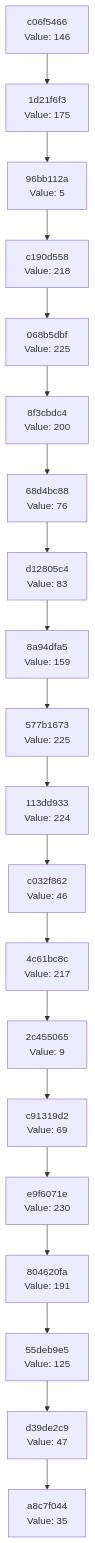
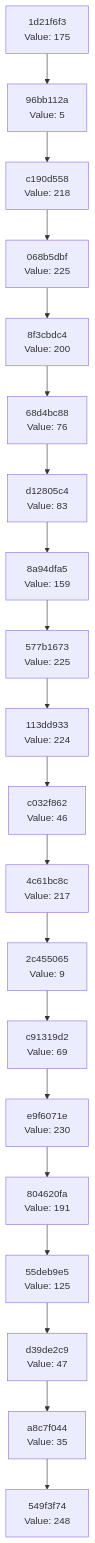
Before and after one commit to Abhisheksinha1506/hash-chain-evolver: the diagram in docs/CHAIN_VISUALIZATION.md, drawn with Mermaid. The commit also changed 3 other files, not shown here.

````diff
--- a/docs/CHAIN_VISUALIZATION.md
+++ b/docs/CHAIN_VISUALIZATION.md
@@ -3,42 +3,42 @@
 ```mermaid
 graph TD
-    C0["a8c7f044<br/>Value: 35"]
-    C1["d39de2c9<br/>Value: 47"]
+    C0["549f3f74<br/>Value: 248"]
+    C1["a8c7f044<br/>Value: 35"]
     C1 --> C0
-    C2["55deb9e5<br/>Value: 125"]
+    C2["d39de2c9<br/>Value: 47"]
     C2 --> C1
-    C3["804620fa<br/>Value: 191"]
+    C3["55deb9e5<br/>Value: 125"]
     C3 --> C2
-    C4["e9f6071e<br/>Value: 230"]
+    C4["804620fa<br/>Value: 191"]
     C4 --> C3
-    C5["c91319d2<br/>Value: 69"]
+    C5["e9f6071e<br/>Value: 230"]
     C5 --> C4
-    C6["2c455065<br/>Value: 9"]
+    C6["c91319d2<br/>Value: 69"]
     C6 --> C5
-    C7["4c61bc8c<br/>Value: 217"]
+    C7["2c455065<br/>Value: 9"]
     C7 --> C6
-    C8["c032f862<br/>Value: 46"]
+    C8["4c61bc8c<br/>Value: 217"]
     C8 --> C7
-    C9["113dd933<br/>Value: 224"]
+    C9["c032f862<br/>Value: 46"]
     C9 --> C8
-    C10["577b1673<br/>Value: 225"]
+    C10["113dd933<br/>Value: 224"]
     C10 --> C9
-    C11["8a94dfa5<br/>Value: 159"]
+    C11["577b1673<br/>Value: 225"]
     C11 --> C10
-    C12["d12805c4<br/>Value: 83"]
+    C12["8a94dfa5<br/>Value: 159"]
     C12 --> C11
-    C13["68d4bc88<br/>Value: 76"]
+    C13["d12805c4<br/>Value: 83"]
     C13 --> C12
-    C14["8f3cbdc4<br/>Value: 200"]
+    C14["68d4bc88<br/>Value: 76"]
     C14 --> C13
-    C15["068b5dbf<br/>Value: 225"]
+    C15["8f3cbdc4<br/>Value: 200"]
     C15 --> C14
-    C16["c190d558<br/>Value: 218"]
+    C16["068b5dbf<br/>Value: 225"]
     C16 --> C15
-    C17["96bb112a<br/>Value: 5"]
+    C17["c190d558<br/>Value: 218"]
     C17 --> C16
-    C18["1d21f6f3<br/>Value: 175"]
+    C18["96bb112a<br/>Value: 5"]
     C18 --> C17
-    C19["c06f5466<br/>Value: 146"]
+    C19["1d21f6f3<br/>Value: 175"]
     C19 --> C18
 ```
````
